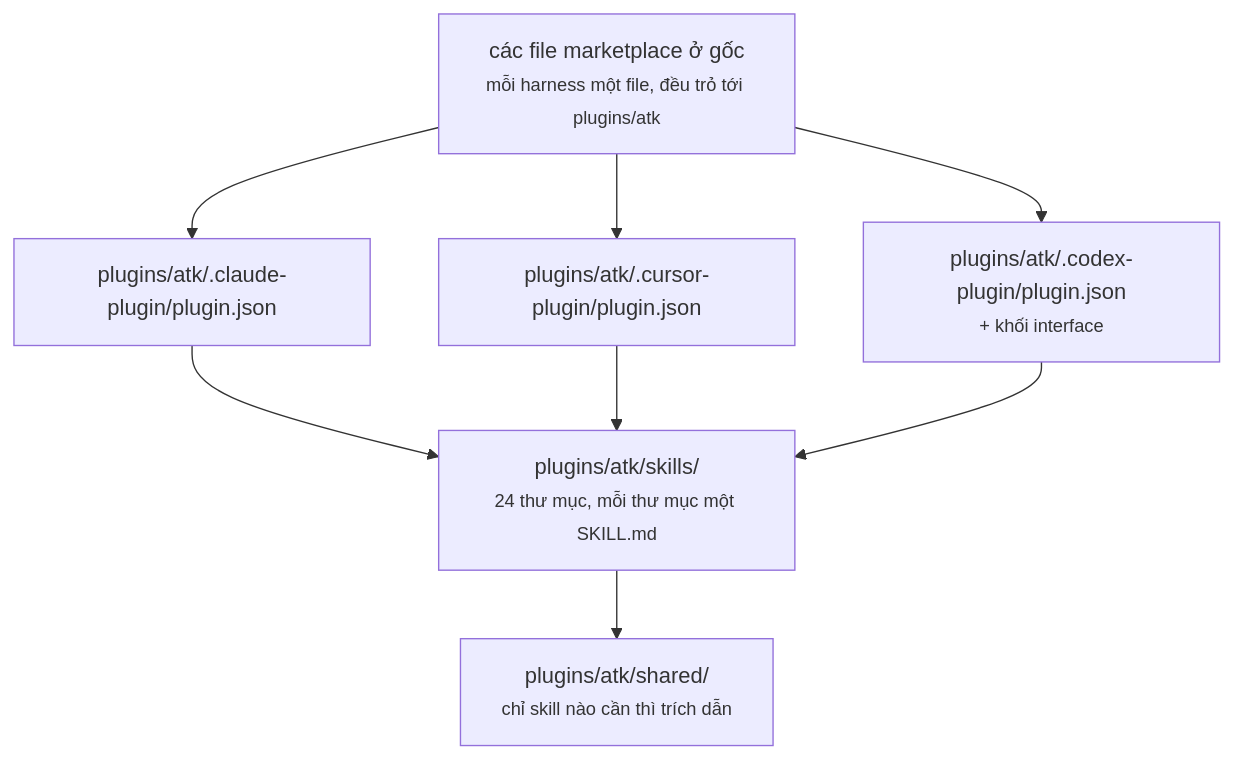
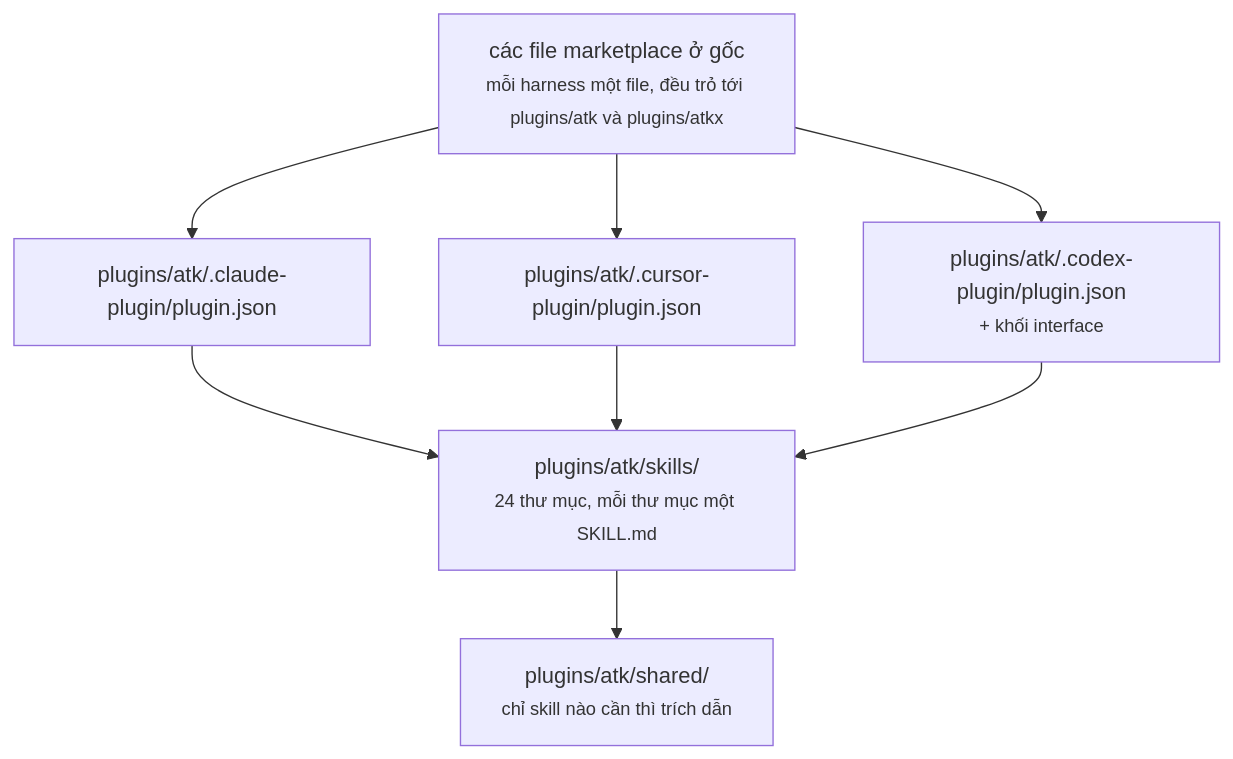
The first of 2 diagrams in docs/vi/system-architecture.md (lamngockhuong/aiteamkit), drawn with Mermaid before and after one commit. The commit also changed other lines of this file and 3 other files, not shown here.

````diff
--- a/docs/vi/system-architecture.md
+++ b/docs/vi/system-architecture.md
@@ -58,10 +58,10 @@
 ```mermaid
 flowchart TD
-    MK["các file marketplace ở gốc<br/><small>mỗi harness một file, đều trỏ tới plugins/atk</small>"] --> CP
+    MK["các file marketplace ở gốc<br/><small>mỗi harness một file, đều trỏ tới plugins/atk và plugins/atkx</small>"] --> CP
     MK --> UP
     MK --> XP
     CP["plugins/atk/.claude-plugin/plugin.json"] --> SK["plugins/atk/skills/<br/><small>24 thư mục, mỗi thư mục một SKILL.md</small>"]
     UP["plugins/atk/.cursor-plugin/plugin.json"] --> SK
     XP["plugins/atk/.codex-plugin/plugin.json<br/><small>+ khối interface</small>"] --> SK
     SK --> SH["plugins/atk/shared/<br/><small>chỉ skill nào cần thì trích dẫn</small>"]
 ```
````
